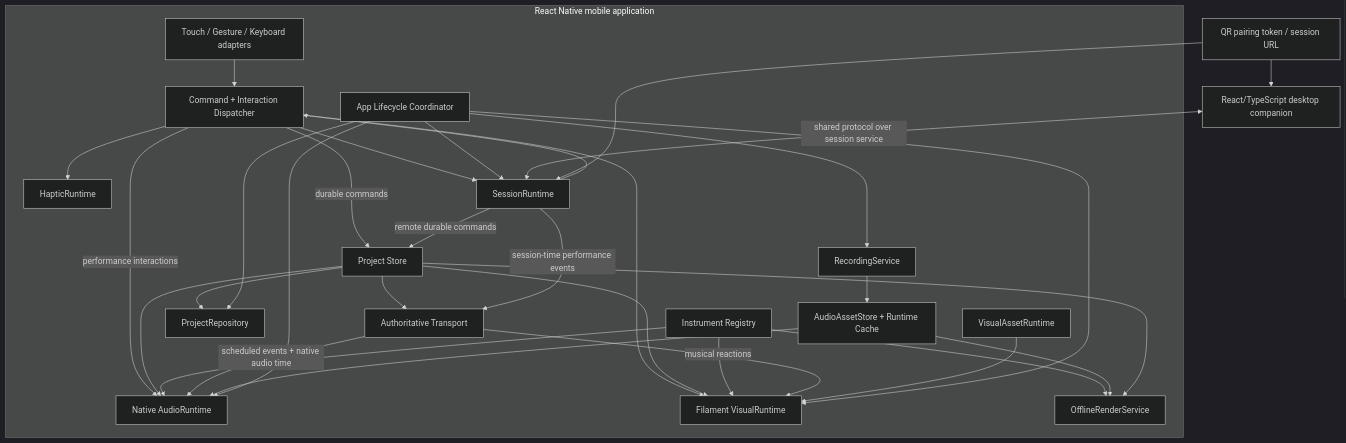
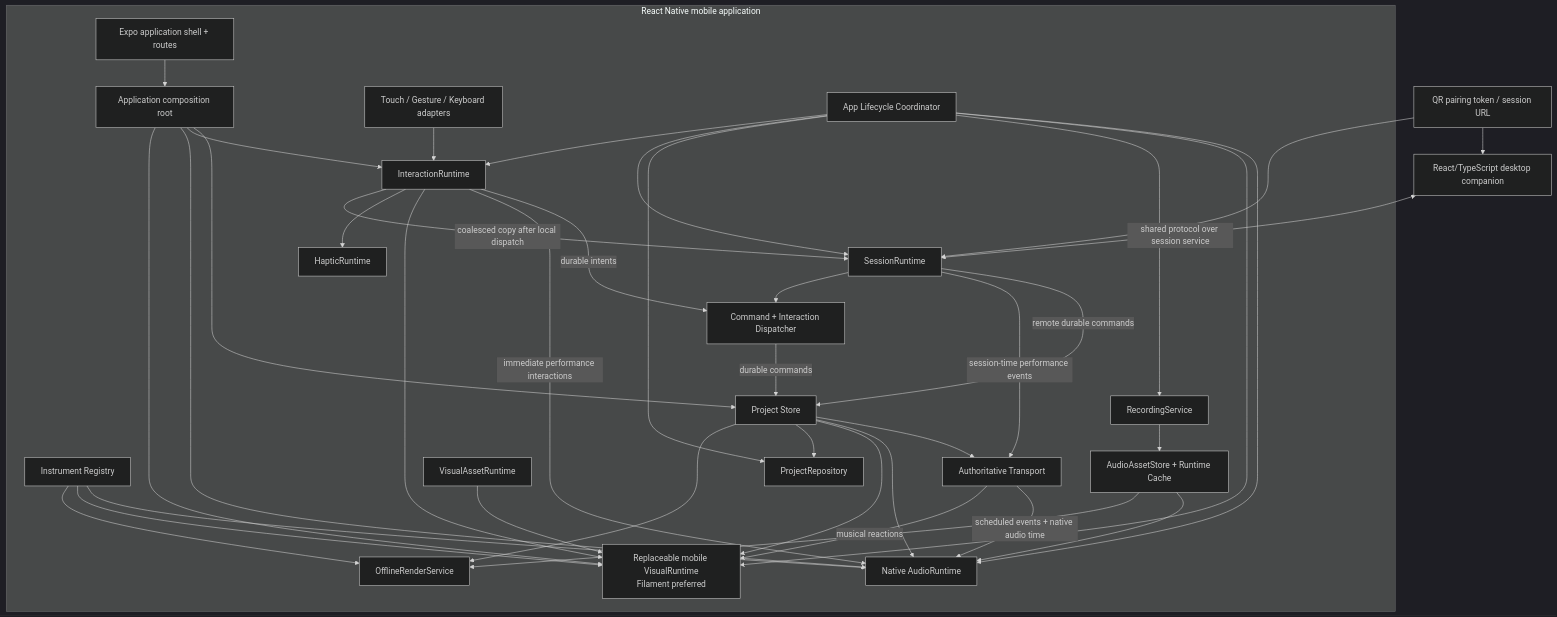
Before and after one commit to pentaoo/peascky: the second of 2 diagrams in ARCHITECTURE.md, drawn with Mermaid (dark theme). The commit also changed other lines of this file, not shown here.

Commit message:
docs: revise Pocket Jam native architecture

````diff
--- a/ARCHITECTURE.md
+++ b/ARCHITECTURE.md
@@ -321,53 +341,63 @@
 ```mermaid
 flowchart TB
   subgraph Mobile[React Native mobile application]
+    Shell[Expo application shell + routes]
+    Composition[Application composition root]
     Input[Touch / Gesture / Keyboard adapters]
+    Interaction[InteractionRuntime]
     Cmd[Command + Interaction Dispatcher]
     Store[Project Store]
     Registry[Instrument Registry]
     Transport[Authoritative Transport]
     Audio[Native AudioRuntime]
-    Visual[Filament VisualRuntime]
+    Visual[Replaceable mobile VisualRuntime\nFilament preferred]
     Haptic[HapticRuntime]
     Recording[RecordingService]
     Export[OfflineRenderService]
     Persist[ProjectRepository]
     AudioAssets[AudioAssetStore + Runtime Cache]
     VisualAssets[VisualAssetRuntime]
     Session[SessionRuntime]
     Lifecycle[App Lifecycle Coordinator]
   end
 
-  Input --> Cmd
+  Shell --> Composition
+  Composition --> Store
+  Composition --> Interaction
+  Composition --> Audio
+  Composition --> Visual
+  Input --> Interaction
+  Interaction -->|durable intents| Cmd
+  Interaction -->|immediate performance interactions| Audio
+  Interaction --> Visual
+  Interaction --> Haptic
+  Interaction -->|coalesced copy after local dispatch| Session
   Cmd -->|durable commands| Store
-  Cmd -->|performance interactions| Audio
-  Cmd --> Visual
-  Cmd --> Haptic
-  Cmd --> Session
   Store --> Transport
   Store --> Audio
   Store --> Visual
   Store --> Persist
   Registry --> Audio
   Registry --> Visual
   Registry --> Export
   Transport -->|scheduled events + native audio time| Audio
   Transport -->|musical reactions| Visual
   Recording --> AudioAssets
   AudioAssets --> Audio
   AudioAssets --> Export
   VisualAssets --> Visual
   Store --> Export
   Session -->|remote durable commands| Store
   Session -->|session-time performance events| Transport
   Session --> Cmd
   Lifecycle --> Audio
   Lifecycle --> Visual
   Lifecycle --> Recording
   Lifecycle --> Persist
   Lifecycle --> Session
+  Lifecycle --> Interaction
 
   Companion[React/TypeScript desktop companion] <-->|shared protocol over session service| Session
   QR[QR pairing token / session URL] --> Companion
   QR --> Session
 ```
````
